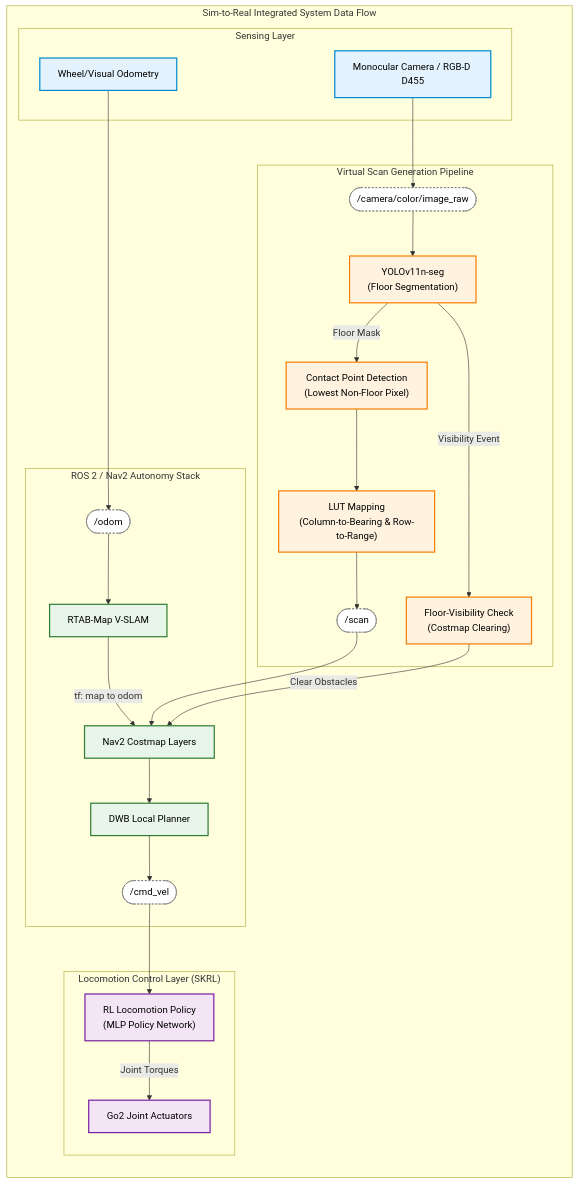
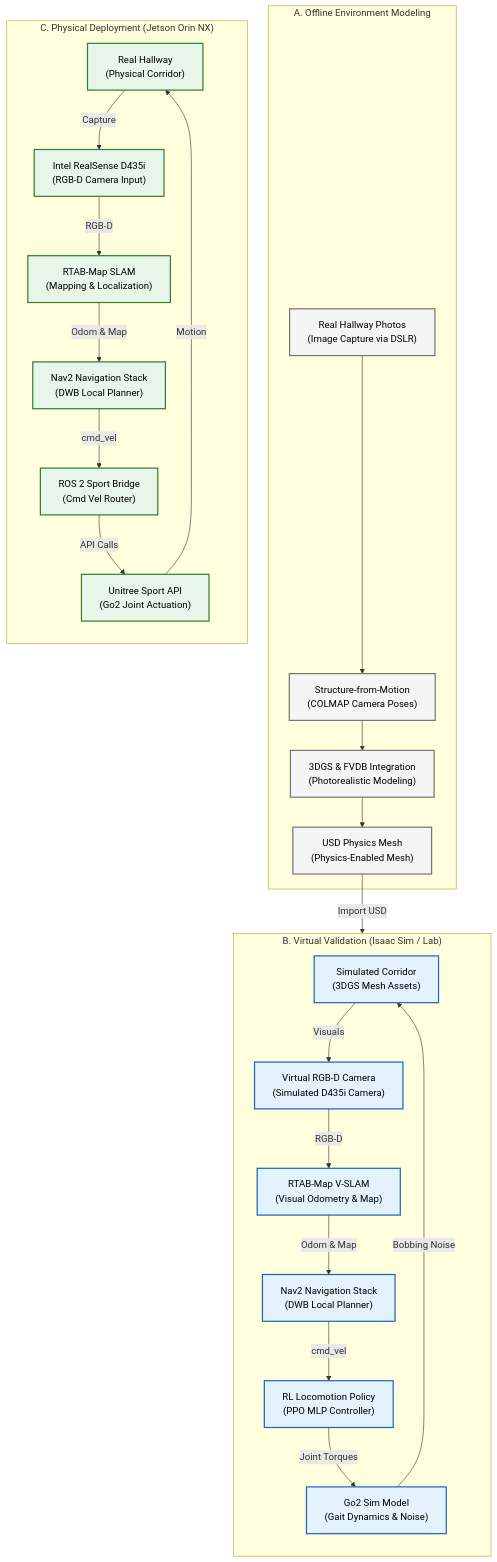
The second of 2 diagrams in README.md (CGV-HGU/isaac-go2-ros2), drawn with Mermaid before and after one commit.

Commit message:
Update root README.md Mermaid diagram to match paper's new system architecture

````diff
--- a/README.md
+++ b/README.md
@@ -55,62 +55,53 @@
 ```mermaid
 flowchart TD
     %% Styling
-    classDef sensing fill:#e3f2fd,stroke:#0288d1,stroke-width:2px,color:#000;
-    classDef vscan fill:#fff3e0,stroke:#f57c00,stroke-width:2px,color:#000;
-    classDef nav2 fill:#e8f5e9,stroke:#2e7d32,stroke-width:2px,color:#000;
-    classDef locomotion fill:#f3e5f5,stroke:#7b1fa2,stroke-width:2px,color:#000;
+    classDef offline fill:#f5f5f5,stroke:#757575,stroke-width:2px,color:#000;
+    classDef sim fill:#e3f2fd,stroke:#1565c0,stroke-width:2px,color:#000;
+    classDef real fill:#e8f5e9,stroke:#2e7d32,stroke-width:2px,color:#000;
     classDef topic fill:#ffffff,stroke:#757575,stroke-width:1px,stroke-dasharray: 3 3,color:#000;
 
-    subgraph System_Data_Flow ["Sim-to-Real Integrated System Data Flow"]
+    subgraph Offline_Modeling ["A. Offline Environment Modeling"]
+        A1["Real Hallway Photos<br>(Image Capture via DSLR)"]:::offline
+        A2["Structure-from-Motion<br>(COLMAP Camera Poses)"]:::offline
+        A3["3DGS & FVDB Integration<br>(Photorealistic Modeling)"]:::offline
+        A4["USD Physics Mesh<br>(Physics-Enabled Mesh)"]:::offline
+
+        A1 --> A2 --> A3 --> A4
+    end
+
+    subgraph Virtual_Validation ["B. Virtual Validation (Isaac Sim / Lab)"]
         direction TB
+        B1["Simulated Corridor<br>(3DGS Mesh Assets)"]:::sim
+        B2["Virtual RGB-D Camera<br>(Simulated D435i Camera)"]:::sim
+        B3["RTAB-Map V-SLAM<br>(Visual Odometry & Map)"]:::sim
+        B4["Nav2 Navigation Stack<br>(DWB Local Planner)"]:::sim
+        B5["RL Locomotion Policy<br>(PPO MLP Controller)"]:::sim
+        B6["Go2 Sim Model<br>(Gait Dynamics & Noise)"]:::sim
 
-        %% 1. Sensing Layer
-        subgraph Sensing_Layer ["Sensing Layer"]
-            Cam[Monocular Camera / RGB-D D455]:::sensing
-            Odom[Wheel/Visual Odometry]:::sensing
-        end
+        B1 -->|Visuals| B2
+        B2 -->|RGB-D| B3
+        B3 -->|Odom & Map| B4
+        B4 -->|cmd_vel| B5
+        B5 -->|Joint Torques| B6
+        B6 -->|Bobbing Noise| B1
+    end
 
-        %% 2. Virtual Scan Generation Pipeline (from ICCAS 0531)
-        subgraph Virtual_Scan_Pipeline ["Virtual Scan Generation Pipeline"]
-            YOLO["YOLOv11n-seg<br>(Floor Segmentation)"]:::vscan
-            Contact["Contact Point Detection<br>(Lowest Non-Floor Pixel)"]:::vscan
-            LUT["LUT Mapping<br>(Column-to-Bearing & Row-to-Range)"]:::vscan
-            Clearing["Floor-Visibility Check<br>(Costmap Clearing)"]:::vscan
-            
-            RGB_Topic([/camera/color/image_raw]):::topic
-            Scan_Topic([/scan]):::topic
-            
-            Cam --> RGB_Topic
-            RGB_Topic --> YOLO
-            YOLO -->|Floor Mask| Contact
-            YOLO -->|Visibility Event| Clearing
-            Contact --> LUT --> Scan_Topic
-        end
+    subgraph Physical_Deployment ["C. Physical Deployment (Jetson Orin NX)"]
+        direction TB
+        C1["Real Hallway<br>(Physical Corridor)"]:::real
+        C2["Intel RealSense D435i<br>(RGB-D Camera Input)"]:::real
+        C3["RTAB-Map SLAM<br>(Mapping & Localization)"]:::real
+        C4["Nav2 Navigation Stack<br>(DWB Local Planner)"]:::real
+        C5["ROS 2 Sport Bridge<br>(Cmd Vel Router)"]:::real
+        C6["Unitree Sport API<br>(Go2 Joint Actuation)"]:::real
 
-        %% 3. Autonomy Navigation Stack (Nav2)
-        subgraph Autonomy_Stack ["ROS 2 / Nav2 Autonomy Stack"]
-            RTABMap[RTAB-Map V-SLAM]:::nav2
-            Costmap[Nav2 Costmap Layers]:::nav2
-            Planner[DWB Local Planner]:::nav2
-            
-            Odom_Topic([/odom]):::topic
-            CmdVel_Topic([/cmd_vel]):::topic
-            
-            Odom --> Odom_Topic
-            Odom_Topic --> RTABMap
-            RTABMap -->|tf: map to odom| Costmap
-            Scan_Topic --> Costmap
-            Clearing -->|Clear Obstacles| Costmap
-            Costmap --> Planner --> CmdVel_Topic
-        end
+        C1 -->|Capture| C2
+        C2 -->|RGB-D| C3
+        C3 -->|Odom & Map| C4
+        C4 -->|cmd_vel| C5
+        C5 -->|API Calls| C6
+        C6 -->|Motion| C1
+    end
 
-        %% 4. Locomotion Control Layer
-        subgraph Locomotion_Layer ["Locomotion Control Layer (SKRL)"]
-            RL_Policy["RL Locomotion Policy<br>(MLP Policy Network)"]:::locomotion
-            Motor[Go2 Joint Actuators]:::locomotion
-            
-            CmdVel_Topic --> RL_Policy
-            RL_Policy -->|Joint Torques| Motor
-        end
-    end
+    A4 -->|Import USD| B1
 ```
````
